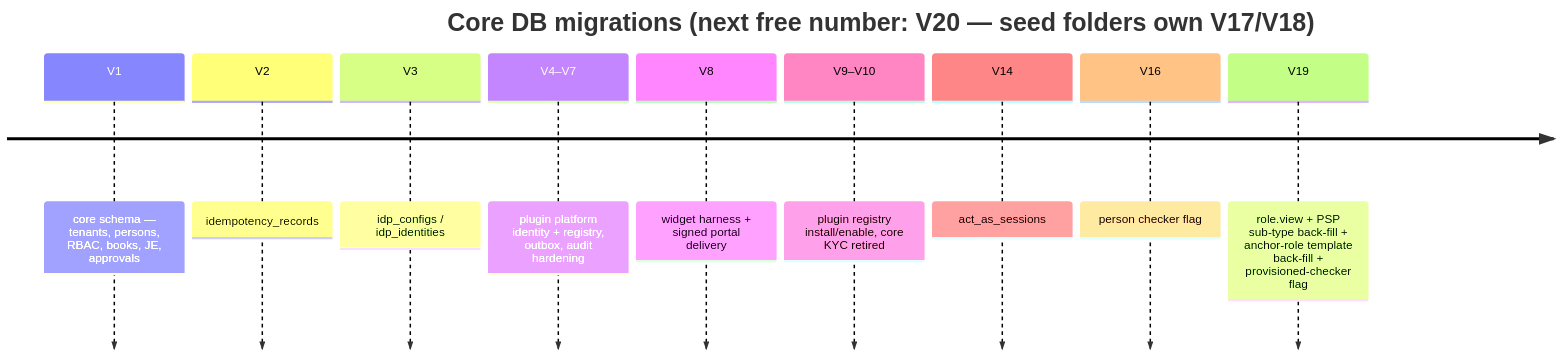
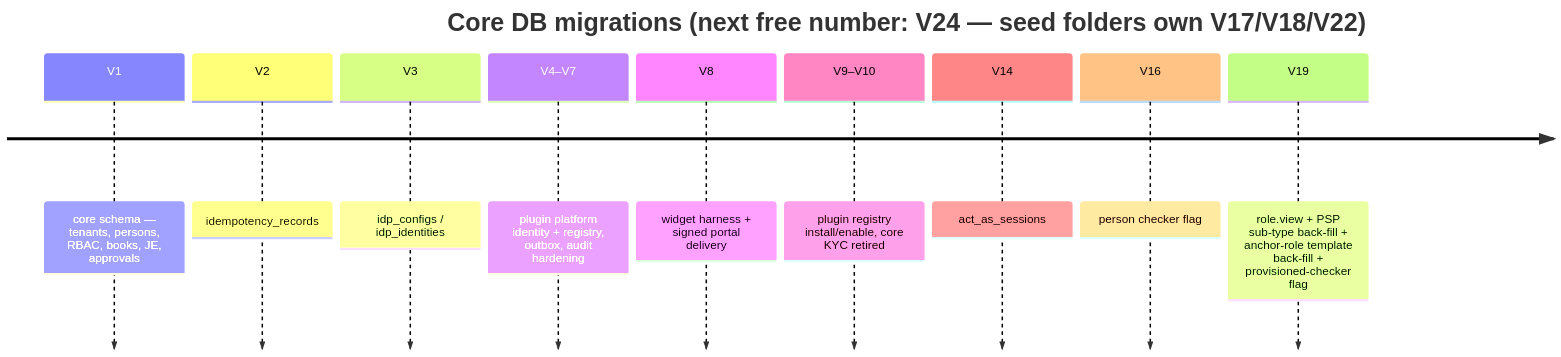
The second of 2 diagrams in docs/architecture/10-data-model.md (FathimaBadar/FinancialServicesPlatform), drawn with Mermaid before and after one commit. The commit also changed 30 other files, not shown here.

````diff
--- a/docs/architecture/10-data-model.md
+++ b/docs/architecture/10-data-model.md
@@ -34,13 +34,13 @@
 ```mermaid
 timeline
-    title Core DB migrations (next free number: V20 — seed folders own V17/V18)
+    title Core DB migrations (next free number: V24 — seed folders own V17/V18/V22)
     V1 : core schema — tenants, persons, RBAC, books, JE, approvals
     V2 : idempotency_records
     V3 : idp_configs / idp_identities
     V4–V7 : plugin platform identity + registry, outbox, audit hardening
     V8 : widget harness + signed portal delivery
     V9–V10 : plugin registry install/enable, core KYC retired
     V14 : act_as_sessions
     V16 : person checker flag
     V19 : role.view + PSP sub-type back-fill + anchor-role template back-fill + provisioned-checker flag
 ```
````
